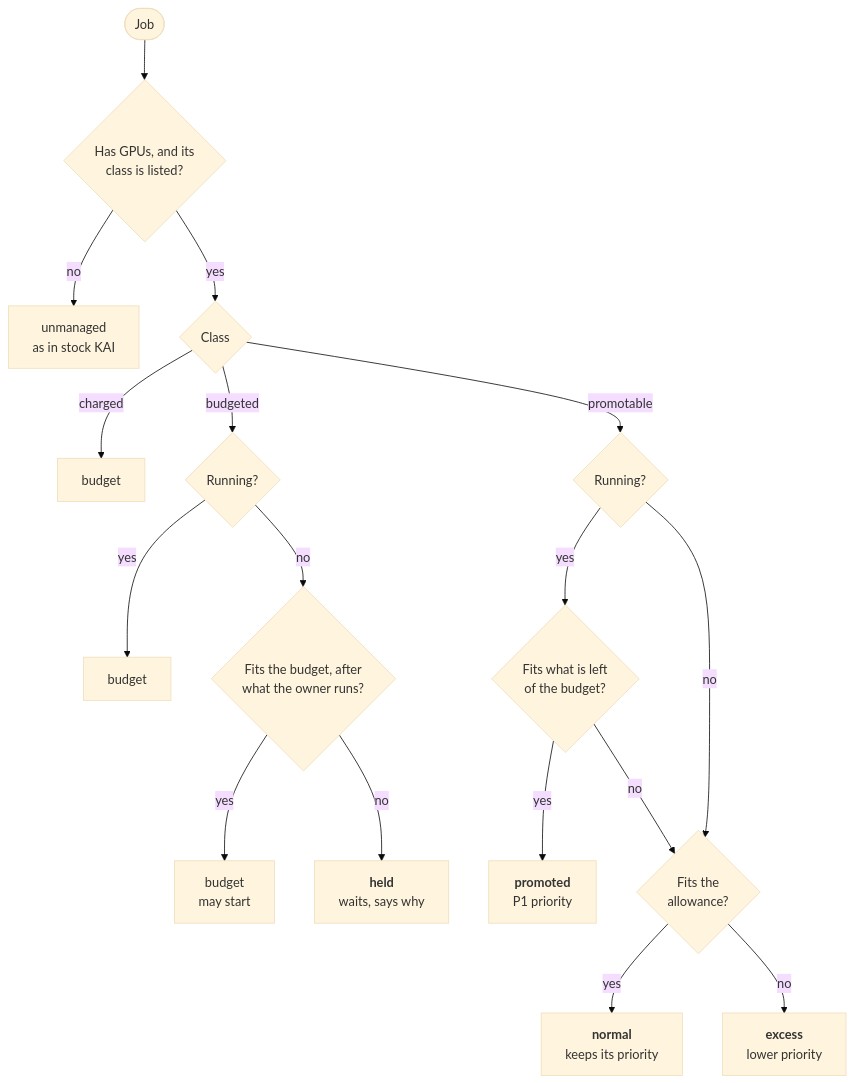
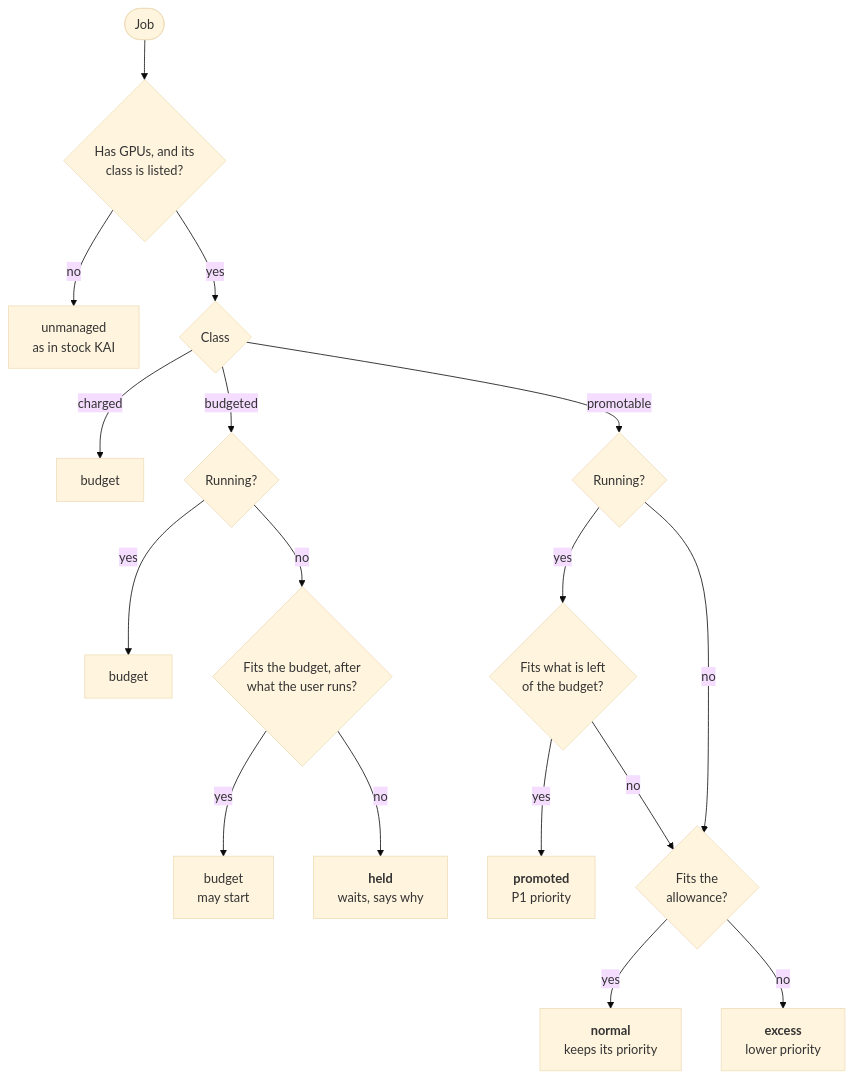
Before and after one commit to takayuki112/ukai-scheduler: the diagram in docs/concepts.md, drawn with Mermaid (base theme). The commit also changed other lines of this file and 19 other files, not shown here.

Commit message:
Animate the story in light and dark, and say user instead of owner in the docs

````diff
--- a/docs/concepts.md
+++ b/docs/concepts.md
@@ -27,19 +27,19 @@
 ```mermaid
 flowchart TD
     start([Job]) --> gpu{Has GPUs, and its<br/>class is listed?}
     gpu -- no --> un[unmanaged<br/>as in stock KAI]
     gpu -- yes --> kind{Class}
     kind -- charged --> b1[budget]
     kind -- budgeted --> run1{Running?}
     run1 -- yes --> b2[budget]
-    run1 -- no --> fit{Fits the budget, after<br/>what the owner runs?}
+    run1 -- no --> fit{Fits the budget, after<br/>what the user runs?}
     fit -- yes --> b3[budget<br/>may start]
     fit -- no --> held[<b>held</b><br/>waits, says why]
     kind -- promotable --> run2{Running?}
     run2 -- yes --> spare{Fits what is left<br/>of the budget?}
     spare -- yes --> prom[<b>promoted</b><br/>P1 priority]
     spare -- no --> allow
     run2 -- no --> allow{Fits the<br/>allowance?}
     allow -- yes --> norm[<b>normal</b><br/>keeps its priority]
     allow -- no --> exc[<b>excess</b><br/>lower priority]
 ```
````
